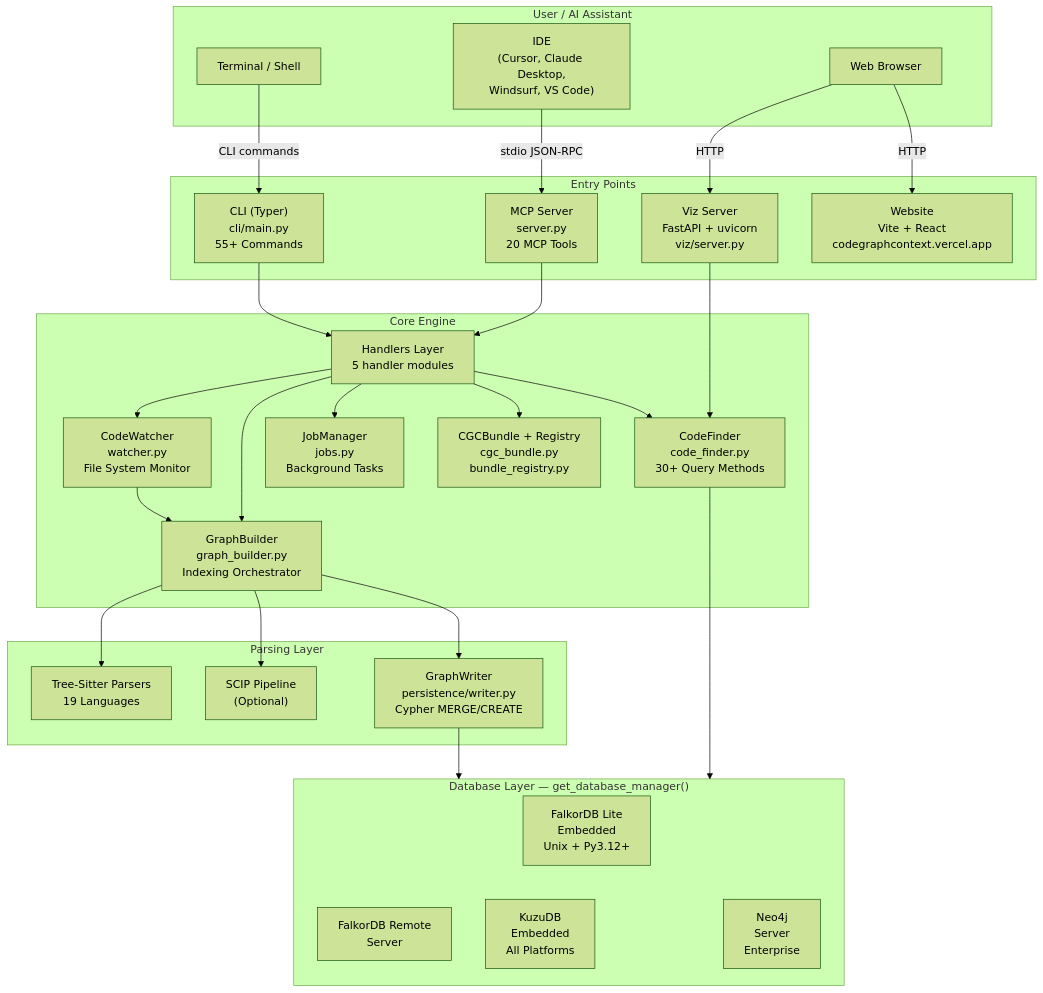
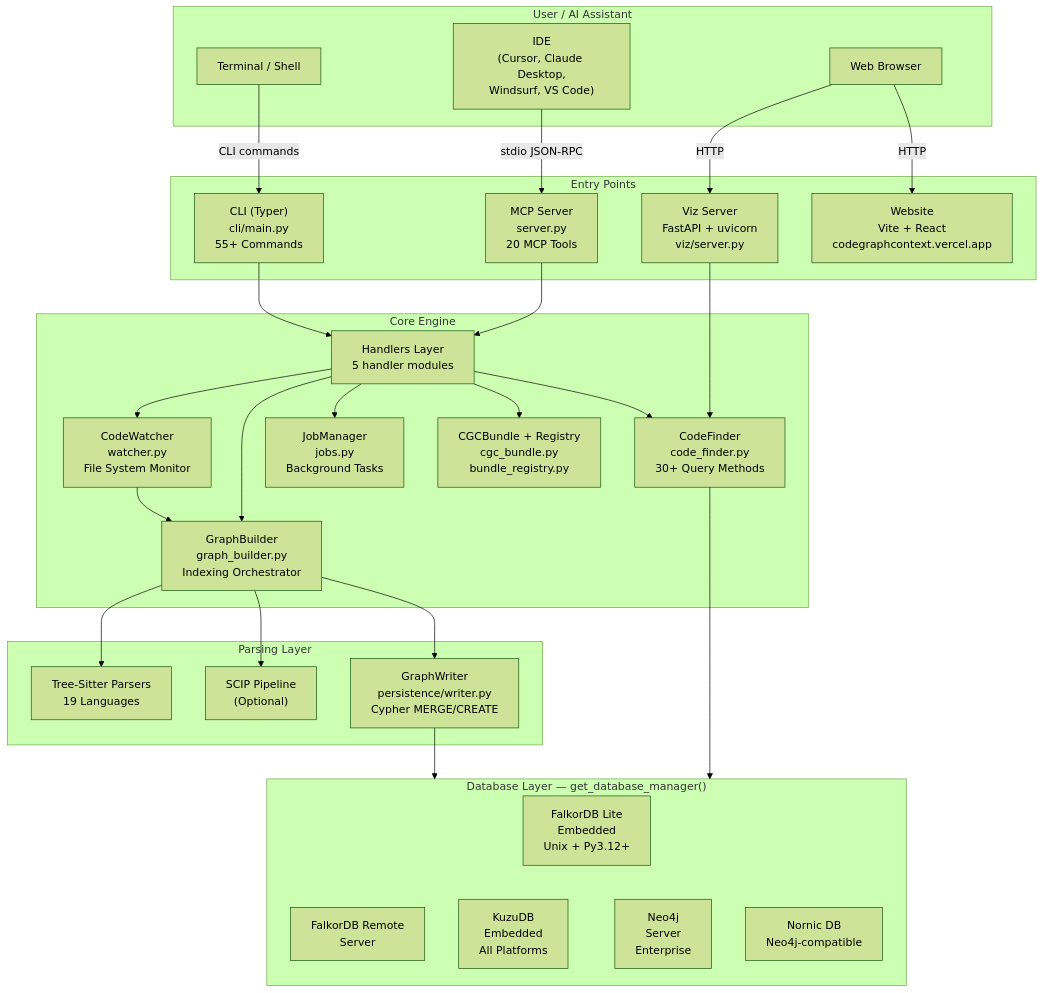
The first of 12 diagrams in ARCHITECTURE.md (Ali110Nia/CodeGraphContext), drawn with Mermaid (forest theme) before and after one commit. The commit also changed other lines of this file and 5 other files, not shown here.

````diff
--- a/ARCHITECTURE.md
+++ b/ARCHITECTURE.md
@@ -52,64 +52,66 @@
 ```mermaid
 graph TB
     subgraph Clients["User / AI Assistant"]
         IDE["IDE<br/>(Cursor, Claude Desktop,<br/>Windsurf, VS Code)"]
         Terminal["Terminal / Shell"]
         Browser["Web Browser"]
     end
 
     subgraph Entrypoints["Entry Points"]
         MCP["MCP Server<br/>server.py<br/>20 MCP Tools"]
         CLI["CLI (Typer)<br/>cli/main.py<br/>55+ Commands"]
         VizServer["Viz Server<br/>FastAPI + uvicorn<br/>viz/server.py"]
         Website["Website<br/>Vite + React<br/>codegraphcontext.vercel.app"]
     end
 
     subgraph Core["Core Engine"]
         Handlers["Handlers Layer<br/>5 handler modules"]
         GB["GraphBuilder<br/>graph_builder.py<br/>Indexing Orchestrator"]
         CF["CodeFinder<br/>code_finder.py<br/>30+ Query Methods"]
         Watcher["CodeWatcher<br/>watcher.py<br/>File System Monitor"]
         Jobs["JobManager<br/>jobs.py<br/>Background Tasks"]
         Bundles["CGCBundle + Registry<br/>cgc_bundle.py<br/>bundle_registry.py"]
     end
 
     subgraph Parsing["Parsing Layer"]
         TS["Tree-Sitter Parsers<br/>19 Languages"]
         SCIP["SCIP Pipeline<br/>(Optional)"]
         Writer["GraphWriter<br/>persistence/writer.py<br/>Cypher MERGE/CREATE"]
     end
 
     subgraph DB["Database Layer — get_database_manager()"]
         Falkor["FalkorDB Lite<br/>Embedded<br/>Unix + Py3.12+"]
         FalkorR["FalkorDB Remote<br/>Server"]
         Kuzu["KuzuDB<br/>Embedded<br/>All Platforms"]
         Neo4j["Neo4j<br/>Server<br/>Enterprise"]
+        Nornic["Nornic DB<br/>Neo4j-compatible"]
     end
 
     IDE -->|"stdio JSON-RPC"| MCP
     Terminal -->|"CLI commands"| CLI
     Browser -->|"HTTP"| VizServer
     Browser -->|"HTTP"| Website
 
     MCP --> Handlers
     CLI --> Handlers
     VizServer --> CF
 
     Handlers --> GB
     Handlers --> CF
     Handlers --> Watcher
     Handlers --> Jobs
     Handlers --> Bundles
 
     GB --> TS
     GB --> SCIP
     GB --> Writer
     CF --> DB
     Writer --> DB
     Watcher --> GB
 
     DB --- Falkor
     DB --- FalkorR
     DB --- Kuzu
     DB --- Neo4j
+    DB --- Nornic
 ```
````
